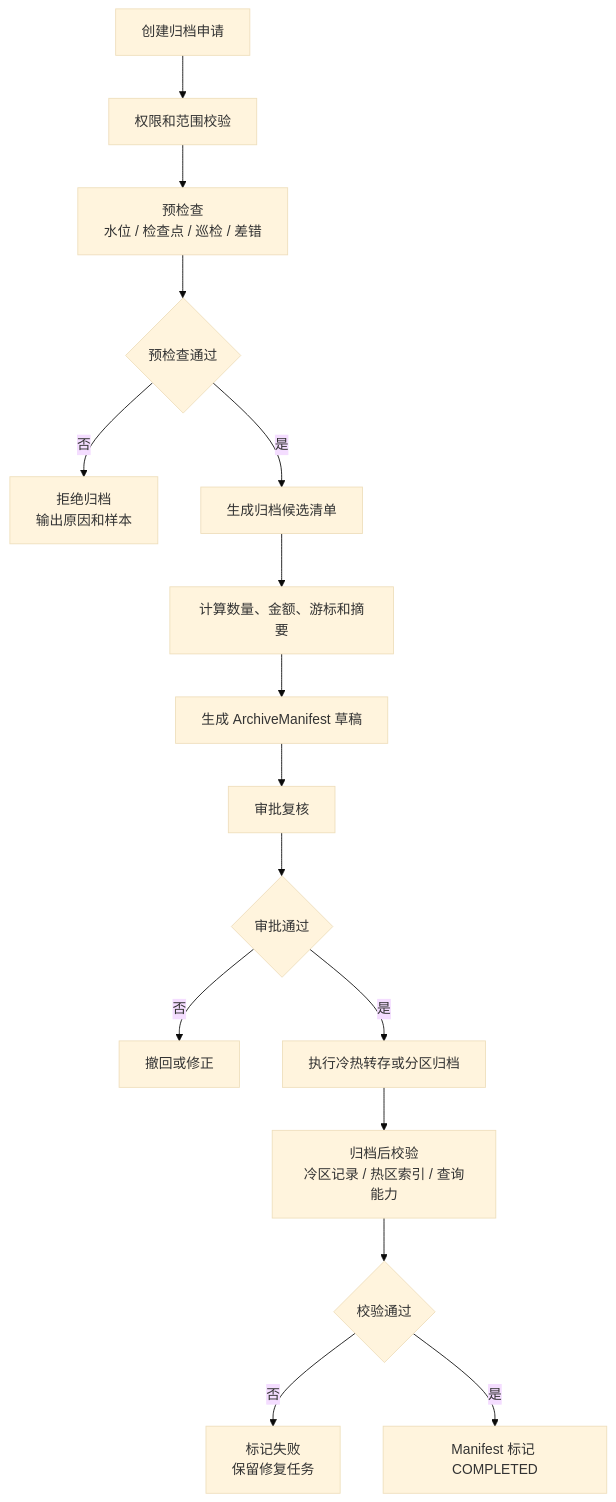
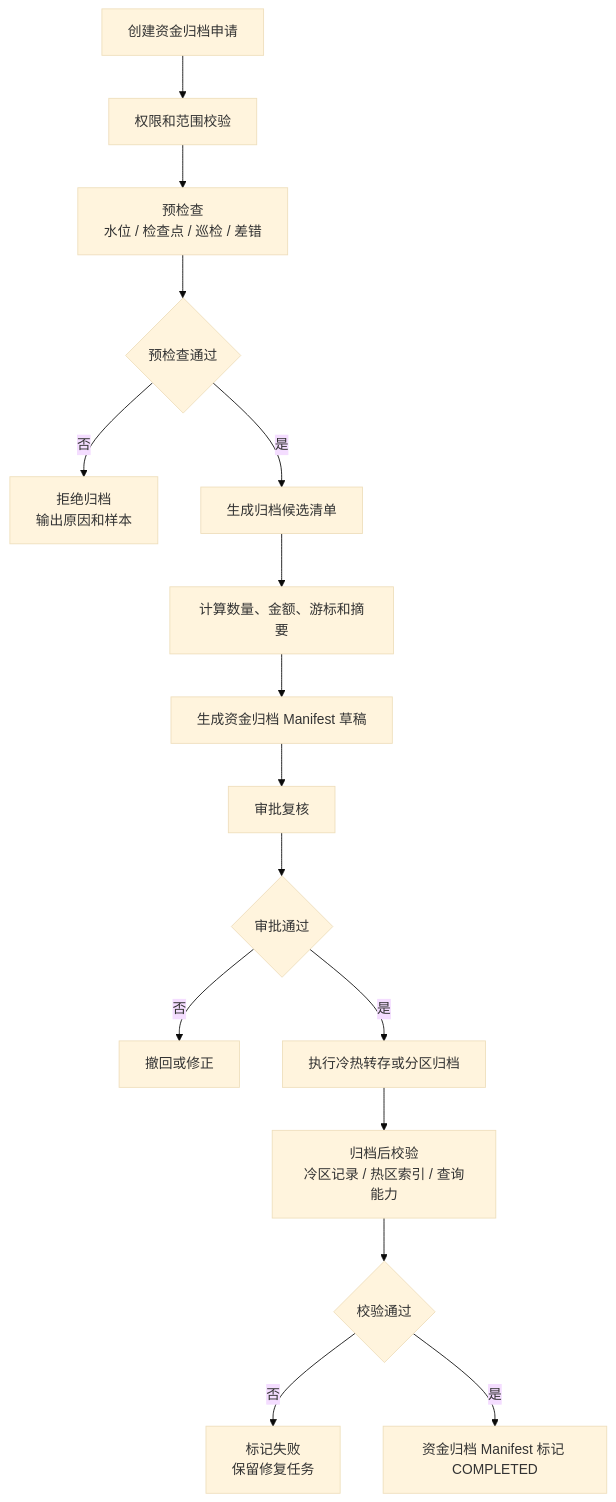
Before and after one commit to fengwuxp/wind-funds: the fourth of 7 diagrams in docs/系分设计/04-归档重放与指标治理系分设计.md, drawn with Mermaid (base theme). The commit also changed other lines of this file and 69 other files, not shown here.

````diff
--- a/docs/系分设计/04-归档重放与指标治理系分设计.md
+++ b/docs/系分设计/04-归档重放与指标治理系分设计.md
@@ -107,18 +299,18 @@
 ```mermaid
 flowchart TD
-    A["创建归档申请"] --> B["权限和范围校验"]
+    A["创建资金归档申请"] --> B["权限和范围校验"]
     B --> C["预检查\n水位 / 检查点 / 巡检 / 差错"]
     C --> D{"预检查通过"}
     D -- "否" --> E["拒绝归档\n输出原因和样本"]
     D -- "是" --> F["生成归档候选清单"]
     F --> G["计算数量、金额、游标和摘要"]
-    G --> H["生成 ArchiveManifest 草稿"]
+    G --> H["生成资金归档 Manifest 草稿"]
     H --> I["审批复核"]
     I --> J{"审批通过"}
     J -- "否" --> K["撤回或修正"]
     J -- "是" --> L["执行冷热转存或分区归档"]
     L --> M["归档后校验\n冷区记录 / 热区索引 / 查询能力"]
     M --> N{"校验通过"}
     N -- "否" --> O["标记失败\n保留修复任务"]
-    N -- "是" --> P["Manifest 标记 COMPLETED"]
+    N -- "是" --> P["资金归档 Manifest 标记 COMPLETED"]
 ```
````
